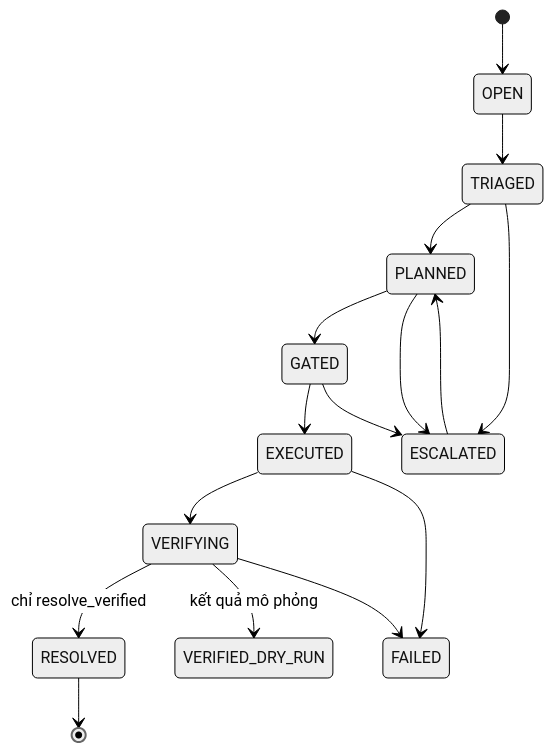
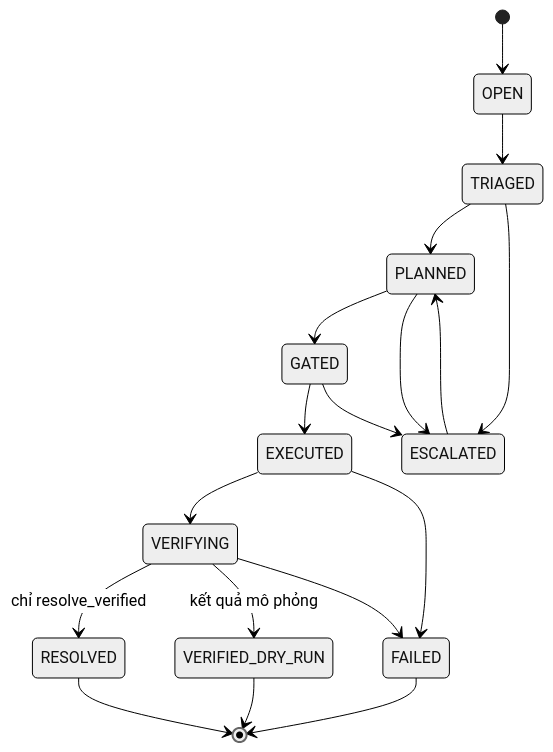
Before and after one commit to Benjaminnhnn/Building-a-safe-and-verifiable-AI-agent-framework-for-infrastructure-operations: the fifth of 6 diagrams in thesis/chuong-3-thiet-ke.md, drawn with Mermaid (neutral theme). The commit also changed other lines of this file and 13 other files, not shown here.

````diff
--- a/thesis/chuong-3-thiet-ke.md
+++ b/thesis/chuong-3-thiet-ke.md
@@ -295,18 +301,20 @@
 ```mermaid
 stateDiagram-v2
     [*] --> OPEN
     OPEN --> TRIAGED
     TRIAGED --> PLANNED
     TRIAGED --> ESCALATED
     PLANNED --> GATED
     PLANNED --> ESCALATED
     GATED --> EXECUTED
     GATED --> ESCALATED
     ESCALATED --> PLANNED
     EXECUTED --> VERIFYING
     VERIFYING --> RESOLVED: chỉ resolve_verified
     VERIFYING --> VERIFIED_DRY_RUN: kết quả mô phỏng
     EXECUTED --> FAILED
     VERIFYING --> FAILED
     RESOLVED --> [*]
+    VERIFIED_DRY_RUN --> [*]
+    FAILED --> [*]
 ```
````
